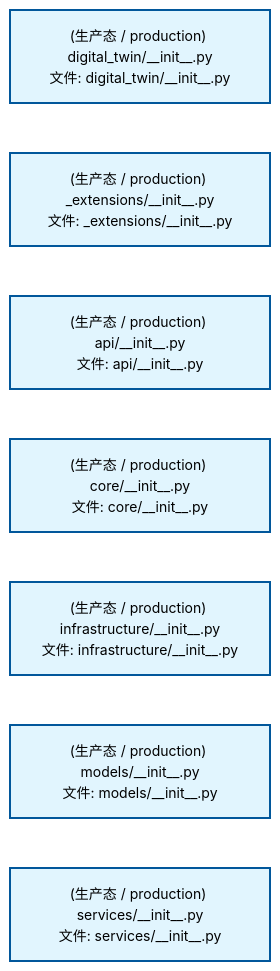
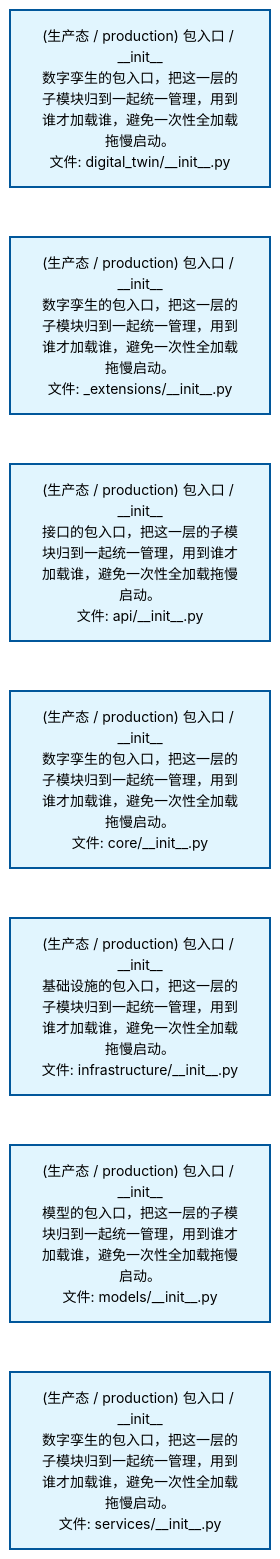
Before and after one commit to xuanFelixVan/ZephyrAlpha: the second of 2 diagrams in docs/02_enterprise_architecture/02_domain_architecture_docs/42_d_digital_twin.md, drawn with Mermaid. The commit also changed other lines of this file and 60 other files, not shown here.

````diff
--- a/docs/02_enterprise_architecture/02_domain_architecture_docs/42_d_digital_twin.md
+++ b/docs/02_enterprise_architecture/02_domain_architecture_docs/42_d_digital_twin.md
@@ -80,22 +80,22 @@
 ```mermaid
 %%{init: {'theme': 'base', 'themeVariables': {'primaryColor': '#eaeaea', 'primaryTextColor': '#333333', 'primaryBorderColor': '#666666', 'lineColor': '#666666', 'secondaryColor': '#eaeaea', 'tertiaryColor': '#eaeaea', 'fontSize': '14px'}}}%%
 flowchart TD
-    src_zephyr_digital_twin_init_py["(生产态 / production) digital_twin/__init__.py<br/>文件: digital_twin/__init__.py"]
-    src_zephyr_digital_twin_extensions_init_py["(生产态 / production) _extensions/__init__.py<br/>文件: _extensions/__init__.py"]
-    src_zephyr_digital_twin_api_init_py["(生产态 / production) api/__init__.py<br/>文件: api/__init__.py"]
-    src_zephyr_digital_twin_core_init_py["(生产态 / production) core/__init__.py<br/>文件: core/__init__.py"]
-    src_zephyr_digital_twin_infrastructure_init_py["(生产态 / production) infrastructure/__init__.py<br/>文件: infrastructure/__init__.py"]
-    src_zephyr_digital_twin_models_init_py["(生产态 / production) models/__init__.py<br/>文件: models/__init__.py"]
-    src_zephyr_digital_twin_services_init_py["(生产态 / production) services/__init__.py<br/>文件: services/__init__.py"]
+    src_zephyr_digital_twin_init_py["(生产态 / production) 包入口 / __init__<br/>数字孪生的包入口，把这一层的子模块归到一起统一管理，用到谁才加载谁，避免一次性全加载拖慢启动。<br/>文件: digital_twin/__init__.py"]
+    src_zephyr_digital_twin_extensions_init_py["(生产态 / production) 包入口 / __init__<br/>数字孪生的包入口，把这一层的子模块归到一起统一管理，用到谁才加载谁，避免一次性全加载拖慢启动。<br/>文件: _extensions/__init__.py"]
+    src_zephyr_digital_twin_api_init_py["(生产态 / production) 包入口 / __init__<br/>接口的包入口，把这一层的子模块归到一起统一管理，用到谁才加载谁，避免一次性全加载拖慢启动。<br/>文件: api/__init__.py"]
+    src_zephyr_digital_twin_core_init_py["(生产态 / production) 包入口 / __init__<br/>数字孪生的包入口，把这一层的子模块归到一起统一管理，用到谁才加载谁，避免一次性全加载拖慢启动。<br/>文件: core/__init__.py"]
+    src_zephyr_digital_twin_infrastructure_init_py["(生产态 / production) 包入口 / __init__<br/>基础设施的包入口，把这一层的子模块归到一起统一管理，用到谁才加载谁，避免一次性全加载拖慢启动。<br/>文件: infrastructure/__init__.py"]
+    src_zephyr_digital_twin_models_init_py["(生产态 / production) 包入口 / __init__<br/>模型的包入口，把这一层的子模块归到一起统一管理，用到谁才加载谁，避免一次性全加载拖慢启动。<br/>文件: models/__init__.py"]
+    src_zephyr_digital_twin_services_init_py["(生产态 / production) 包入口 / __init__<br/>数字孪生的包入口，把这一层的子模块归到一起统一管理，用到谁才加载谁，避免一次性全加载拖慢启动。<br/>文件: services/__init__.py"]
     src_zephyr_digital_twin_init_py ~~~ src_zephyr_digital_twin_extensions_init_py
     src_zephyr_digital_twin_extensions_init_py ~~~ src_zephyr_digital_twin_api_init_py
     src_zephyr_digital_twin_api_init_py ~~~ src_zephyr_digital_twin_core_init_py
     src_zephyr_digital_twin_core_init_py ~~~ src_zephyr_digital_twin_infrastructure_init_py
     src_zephyr_digital_twin_infrastructure_init_py ~~~ src_zephyr_digital_twin_models_init_py
     src_zephyr_digital_twin_models_init_py ~~~ src_zephyr_digital_twin_services_init_py
     classDef production fill:#e1f5fe,stroke:#01579b,stroke-width:2px,color:#000
     classDef design fill:#fff3e0,stroke:#e65100,stroke-width:2px,color:#000,stroke-dasharray: 5 5
     classDef external_prod fill:#e8f4fd,stroke:#0277bd,stroke-width:1px,color:#000
     classDef external_design fill:#fff8e7,stroke:#ef6c00,stroke-width:1px,color:#000,stroke-dasharray: 5 5
     class src_zephyr_digital_twin_init_py,src_zephyr_digital_twin_extensions_init_py,src_zephyr_digital_twin_api_init_py,src_zephyr_digital_twin_core_init_py,src_zephyr_digital_twin_infrastructure_init_py,src_zephyr_digital_twin_models_init_py,src_zephyr_digital_twin_services_init_py production
 ```
````
